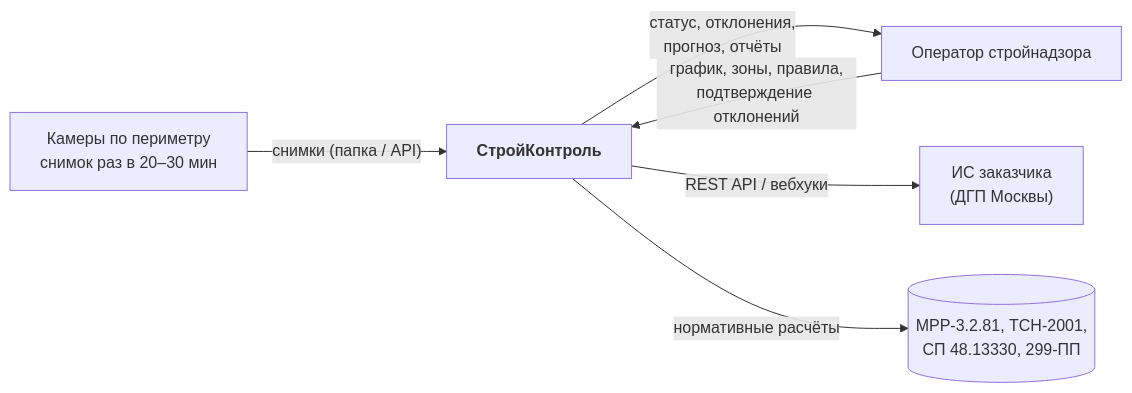
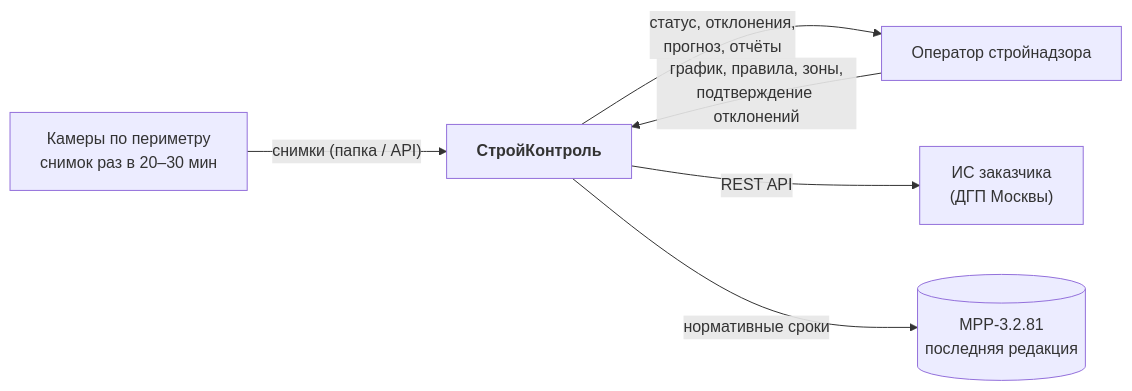
One commit to cerXXXX/ConstructionSupervision changed the first of 5 diagrams in docs/architecture.md. Above: the diagram before and after it, drawn with Mermaid. The commit also changed other lines of this file and 45 other files, not shown here.

````diff
--- a/docs/architecture.md
+++ b/docs/architecture.md
@@ -12,8 +13,8 @@
 ```mermaid
 flowchart LR
     CAM["Камеры по периметру<br/>снимок раз в 20–30 мин"] -->|"снимки (папка / API)"| SYS
-    OPER["Оператор стройнадзора"] -->|"график, зоны, правила,<br/>подтверждение отклонений"| SYS
+    OPER["Оператор стройнадзора"] -->|"график, правила, зоны,<br/>подтверждение отклонений"| SYS
     SYS["<b>СтройКонтроль</b>"] -->|"статус, отклонения,<br/>прогноз, отчёты"| OPER
-    SYS -->|"REST API / вебхуки"| ERP["ИС заказчика<br/>(ДГП Москвы)"]
-    SYS -->|"нормативные расчёты"| NORM[("МРР-3.2.81, ТСН-2001,<br/>СП 48.13330, 299-ПП")]
+    SYS -->|"REST API"| ERP["ИС заказчика<br/>(ДГП Москвы)"]
+    SYS -->|"нормативные сроки"| NORM[("МРР-3.2.81<br/>последняя редакция")]
 ```
````
